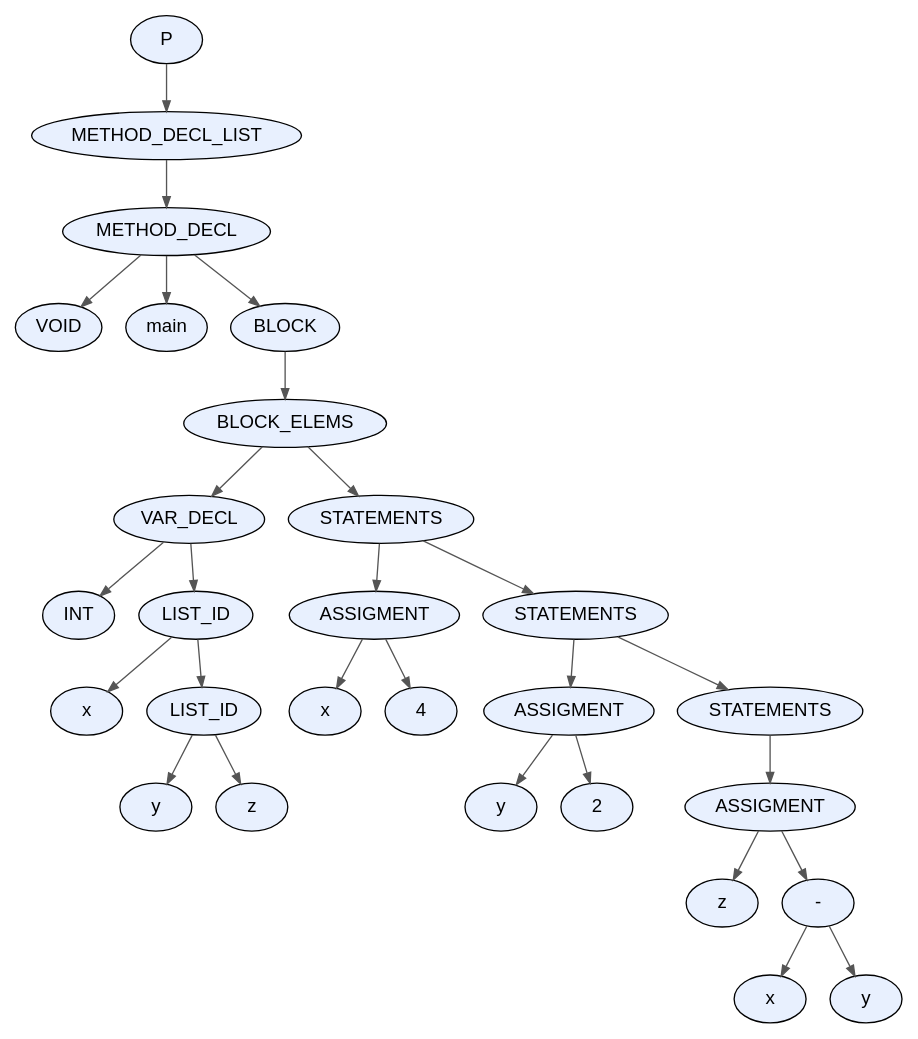
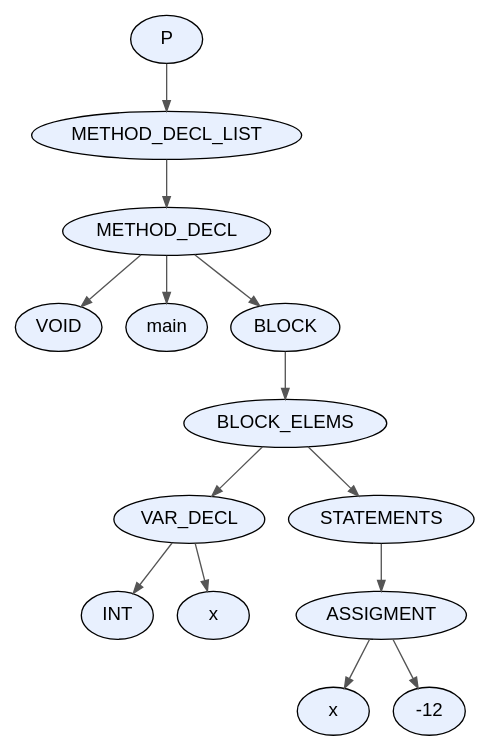
One commit to facundo-dario-loser/TDS2026 changed the diagram in proyecto/dot_files/test13.dot. Above: the diagram before and after it, drawn with Graphviz. The commit also changed 64 other files, not shown here.

```diff
--- a/proyecto/dot_files/test13.dot
+++ b/proyecto/dot_files/test13.dot
@@ -1,59 +1,31 @@
 digraph AST {
   node [fontname="Arial"];
   edge [arrowsize=0.8, color="#555555"];
-  "node_0x62d7413a13d0" [label="P", style=filled, fillcolor="#E8F0FE", shape=ellipse, style="rounded,filled"];
-  "node_0x62d7413a13d0" -> "node_0x62d7413a1380";
-  "node_0x62d7413a1380" [label="METHOD_DECL_LIST", style=filled, fillcolor="#E8F0FE", shape=ellipse, style="rounded,filled"];
-  "node_0x62d7413a1380" -> "node_0x62d7413a1330";
-  "node_0x62d7413a1330" [label="METHOD_DECL", style=filled, fillcolor="#E8F0FE", shape=ellipse, style="rounded,filled"];
-  "node_0x62d7413a1330" -> "node_0x62d7413a1270";
-  "node_0x62d7413a1270" [label="VOID", style=filled, fillcolor="#E8F0FE", shape=ellipse, style="rounded,filled"];
-  "node_0x62d7413a1330" -> "node_0x62d7413a12c0";
-  "node_0x62d7413a12c0" [label="main", style=filled, fillcolor="#E8F0FE", shape=ellipse, style="rounded,filled"];
-  "node_0x62d7413a1330" -> "node_0x62d7413a1220";
-  "node_0x62d7413a1220" [label="BLOCK", style=filled, fillcolor="#E8F0FE", shape=ellipse, style="rounded,filled"];
-  "node_0x62d7413a1220" -> "node_0x62d7413a11d0";
-  "node_0x62d7413a11d0" [label="BLOCK_ELEMS", style=filled, fillcolor="#E8F0FE", shape=ellipse, style="rounded,filled"];
-  "node_0x62d7413a11d0" -> "node_0x62d7413a0be0";
-  "node_0x62d7413a0be0" [label="VAR_DECL", style=filled, fillcolor="#E8F0FE", shape=ellipse, style="rounded,filled"];
-  "node_0x62d7413a0be0" -> "node_0x62d7413a0940";
-  "node_0x62d7413a0940" [label="INT", style=filled, fillcolor="#E8F0FE", shape=ellipse, style="rounded,filled"];
-  "node_0x62d7413a0be0" -> "node_0x62d7413a0b90";
-  "node_0x62d7413a0b90" [label="LIST_ID", style=filled, fillcolor="#E8F0FE", shape=ellipse, style="rounded,filled"];
-  "node_0x62d7413a0b90" -> "node_0x62d7413a0b20";
-  "node_0x62d7413a0b20" [label="x", style=filled, fillcolor="#E8F0FE", shape=ellipse, style="rounded,filled"];
-  "node_0x62d7413a0b90" -> "node_0x62d7413a0ad0";
-  "node_0x62d7413a0ad0" [label="LIST_ID", style=filled, fillcolor="#E8F0FE", shape=ellipse, style="rounded,filled"];
-  "node_0x62d7413a0ad0" -> "node_0x62d7413a0a60";
-  "node_0x62d7413a0a60" [label="y", style=filled, fillcolor="#E8F0FE", shape=ellipse, style="rounded,filled"];
-  "node_0x62d7413a0ad0" -> "node_0x62d7413a09f0";
-  "node_0x62d7413a09f0" [label="z", style=filled, fillcolor="#E8F0FE", shape=ellipse, style="rounded,filled"];
-  "node_0x62d7413a11d0" -> "node_0x62d7413a1180";
-  "node_0x62d7413a1180" [label="STATEMENTS", style=filled, fillcolor="#E8F0FE", shape=ellipse, style="rounded,filled"];
-  "node_0x62d7413a1180" -> "node_0x62d7413a0d10";
-  "node_0x62d7413a0d10" [label="ASSIGMENT", style=filled, fillcolor="#E8F0FE", shape=ellipse, style="rounded,filled"];
-  "node_0x62d7413a0d10" -> "node_0x62d7413a0ca0";
-  "node_0x62d7413a0ca0" [label="x", style=filled, fillcolor="#E8F0FE", shape=ellipse, style="rounded,filled"];
-  "node_0x62d7413a0d10" -> "node_0x62d7413a0c50";
-  "node_0x62d7413a0c50" [label="4", style=filled, fillcolor="#E8F0FE", shape=ellipse, style="rounded,filled"];
-  "node_0x62d7413a1180" -> "node_0x62d7413a1130";
-  "node_0x62d7413a1130" [label="STATEMENTS", style=filled, fillcolor="#E8F0FE", shape=ellipse, style="rounded,filled"];
-  "node_0x62d7413a1130" -> "node_0x62d7413a0e40";
-  "node_0x62d7413a0e40" [label="ASSIGMENT", style=filled, fillcolor="#E8F0FE", shape=ellipse, style="rounded,filled"];
-  "node_0x62d7413a0e40" -> "node_0x62d7413a0dd0";
-  "node_0x62d7413a0dd0" [label="y", style=filled, fillcolor="#E8F0FE", shape=ellipse, style="rounded,filled"];
-  "node_0x62d7413a0e40" -> "node_0x62d7413a0d80";
-  "node_0x62d7413a0d80" [label="2", style=filled, fillcolor="#E8F0FE", shape=ellipse, style="rounded,filled"];
-  "node_0x62d7413a1130" -> "node_0x62d7413a10e0";
-  "node_0x62d7413a10e0" [label="STATEMENTS", style=filled, fillcolor="#E8F0FE", shape=ellipse, style="rounded,filled"];
-  "node_0x62d7413a10e0" -> "node_0x62d7413a1090";
-  "node_0x62d7413a1090" [label="ASSIGMENT", style=filled, fillcolor="#E8F0FE", shape=ellipse, style="rounded,filled"];
-  "node_0x62d7413a1090" -> "node_0x62d7413a1020";
-  "node_0x62d7413a1020" [label="z", style=filled, fillcolor="#E8F0FE", shape=ellipse, style="rounded,filled"];
-  "node_0x62d7413a1090" -> "node_0x62d7413a0fd0";
-  "node_0x62d7413a0fd0" [label="-", style=filled, fillcolor="#E8F0FE", shape=ellipse, style="rounded,filled"];
-  "node_0x62d7413a0fd0" -> "node_0x62d7413a0ed0";
-  "node_0x62d7413a0ed0" [label="x", style=filled, fillcolor="#E8F0FE", shape=ellipse, style="rounded,filled"];
-  "node_0x62d7413a0fd0" -> "node_0x62d7413a0f60";
-  "node_0x62d7413a0f60" [label="y", style=filled, fillcolor="#E8F0FE", shape=ellipse, style="rounded,filled"];
+  "node_0x5fc1ff2d9af0" [label="P", style=filled, fillcolor="#E8F0FE", shape=ellipse, style="rounded,filled"];
+  "node_0x5fc1ff2d9af0" -> "node_0x5fc1ff2d9aa0";
+  "node_0x5fc1ff2d9aa0" [label="METHOD_DECL_LIST", style=filled, fillcolor="#E8F0FE", shape=ellipse, style="rounded,filled"];
+  "node_0x5fc1ff2d9aa0" -> "node_0x5fc1ff2d9a50";
+  "node_0x5fc1ff2d9a50" [label="METHOD_DECL", style=filled, fillcolor="#E8F0FE", shape=ellipse, style="rounded,filled"];
+  "node_0x5fc1ff2d9a50" -> "node_0x5fc1ff2d9990";
+  "node_0x5fc1ff2d9990" [label="VOID", style=filled, fillcolor="#E8F0FE", shape=ellipse, style="rounded,filled"];
+  "node_0x5fc1ff2d9a50" -> "node_0x5fc1ff2d99e0";
+  "node_0x5fc1ff2d99e0" [label="main", style=filled, fillcolor="#E8F0FE", shape=ellipse, style="rounded,filled"];
+  "node_0x5fc1ff2d9a50" -> "node_0x5fc1ff2d9940";
+  "node_0x5fc1ff2d9940" [label="BLOCK", style=filled, fillcolor="#E8F0FE", shape=ellipse, style="rounded,filled"];
+  "node_0x5fc1ff2d9940" -> "node_0x5fc1ff2d98f0";
+  "node_0x5fc1ff2d98f0" [label="BLOCK_ELEMS", style=filled, fillcolor="#E8F0FE", shape=ellipse, style="rounded,filled"];
+  "node_0x5fc1ff2d98f0" -> "node_0x5fc1ff2d9630";
+  "node_0x5fc1ff2d9630" [label="VAR_DECL", style=filled, fillcolor="#E8F0FE", shape=ellipse, style="rounded,filled"];
+  "node_0x5fc1ff2d9630" -> "node_0x5fc1ff2d9550";
+  "node_0x5fc1ff2d9550" [label="INT", style=filled, fillcolor="#E8F0FE", shape=ellipse, style="rounded,filled"];
+  "node_0x5fc1ff2d9630" -> "node_0x5fc1ff2d95c0";
+  "node_0x5fc1ff2d95c0" [label="x", style=filled, fillcolor="#E8F0FE", shape=ellipse, style="rounded,filled"];
+  "node_0x5fc1ff2d98f0" -> "node_0x5fc1ff2d98a0";
+  "node_0x5fc1ff2d98a0" [label="STATEMENTS", style=filled, fillcolor="#E8F0FE", shape=ellipse, style="rounded,filled"];
+  "node_0x5fc1ff2d98a0" -> "node_0x5fc1ff2d9850";
+  "node_0x5fc1ff2d9850" [label="ASSIGMENT", style=filled, fillcolor="#E8F0FE", shape=ellipse, style="rounded,filled"];
+  "node_0x5fc1ff2d9850" -> "node_0x5fc1ff2d97e0";
+  "node_0x5fc1ff2d97e0" [label="x", style=filled, fillcolor="#E8F0FE", shape=ellipse, style="rounded,filled"];
+  "node_0x5fc1ff2d9850" -> "node_0x5fc1ff2d9d60";
+  "node_0x5fc1ff2d9d60" [label="-12", style=filled, fillcolor="#E8F0FE", shape=ellipse, style="rounded,filled"];
 }
```
